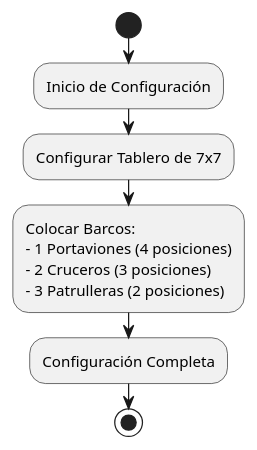
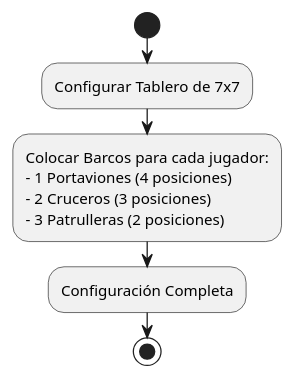
Before and after one commit to jarturomora/fundamentos-programacion-c: the diagram in actividades/actividad-1/code/2-1-iniciar-tableros.puml, drawn with PlantUML.

Commit message:
Actualiza diagramaa de actividad 1

```diff
--- a/actividades/actividad-1/code/2-1-iniciar-tableros.puml
+++ b/actividades/actividad-1/code/2-1-iniciar-tableros.puml
@@ -1,11 +1,10 @@
 @startuml
 start
-:Inicio de Configuración;
 :Configurar Tablero de 7x7;
-:Colocar Barcos:
+:Colocar Barcos para cada jugador:
 - 1 Portaviones (4 posiciones)
 - 2 Cruceros (3 posiciones)
 - 3 Patrulleras (2 posiciones);
 :Configuración Completa;
 stop
 @enduml
```
